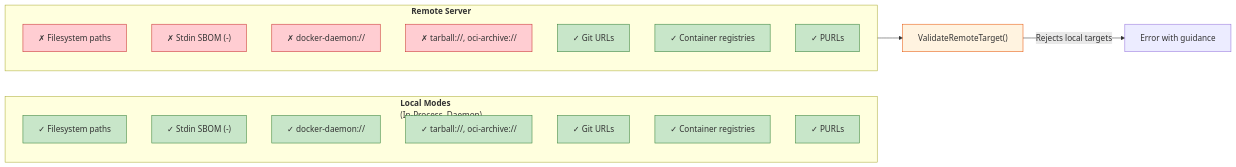
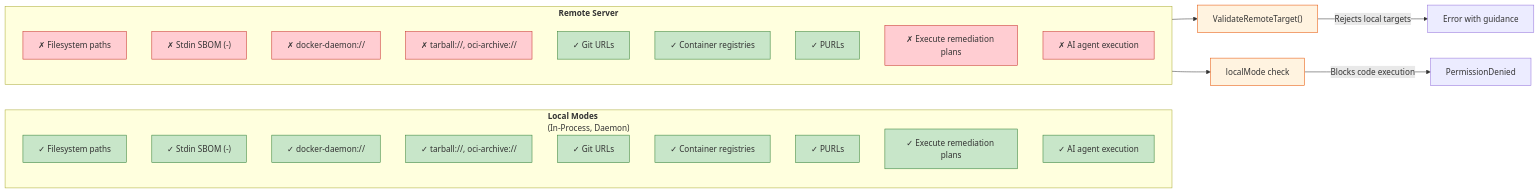
The fourth of 7 diagrams in AGENTS.md (temporalio/deputy), drawn with Mermaid before and after one commit. The commit also changed other lines of this file and 26 other files, not shown here.

````diff
--- a/AGENTS.md
+++ b/AGENTS.md
@@ -327,38 +329,45 @@
 ```mermaid
 flowchart LR
     subgraph Local["<b>Local Modes</b><br/>(In-Process, Daemon)"]
         direction TB
         L1["✓ Filesystem paths"]
         L2["✓ Stdin SBOM (-)"]
         L3["✓ docker-daemon://"]
         L4["✓ tarball://, oci-archive://"]
         L5["✓ Git URLs"]
         L6["✓ Container registries"]
         L7["✓ PURLs"]
+        L8["✓ Execute remediation plans"]
+        L9["✓ AI agent execution"]
     end
 
     subgraph Remote["<b>Remote Server</b>"]
         direction TB
         R1["✗ Filesystem paths"]
         R2["✗ Stdin SBOM (-)"]
         R3["✗ docker-daemon://"]
         R4["✗ tarball://, oci-archive://"]
         R5["✓ Git URLs"]
         R6["✓ Container registries"]
         R7["✓ PURLs"]
+        R8["✗ Execute remediation plans"]
+        R9["✗ AI agent execution"]
     end
 
     validate["ValidateRemoteTarget()"]
+    localMode["localMode check"]
 
     Remote --> validate
     validate -->|"Rejects local targets"| rejected["Error with guidance"]
+    Remote --> localMode
+    localMode -->|"Blocks code execution"| blocked["PermissionDenied"]
 
     classDef allowed fill:#c8e6c9,stroke:#2e7d32
     classDef denied fill:#ffcdd2,stroke:#c62828
     classDef validator fill:#fff3e0,stroke:#e65100
 
-    class L1,L2,L3,L4,L5,L6,L7 allowed
-    class R1,R2,R3,R4 denied
+    class L1,L2,L3,L4,L5,L6,L7,L8,L9 allowed
+    class R1,R2,R3,R4,R8,R9 denied
     class R5,R6,R7 allowed
-    class validate validator
+    class validate,localMode validator
 ```
````
